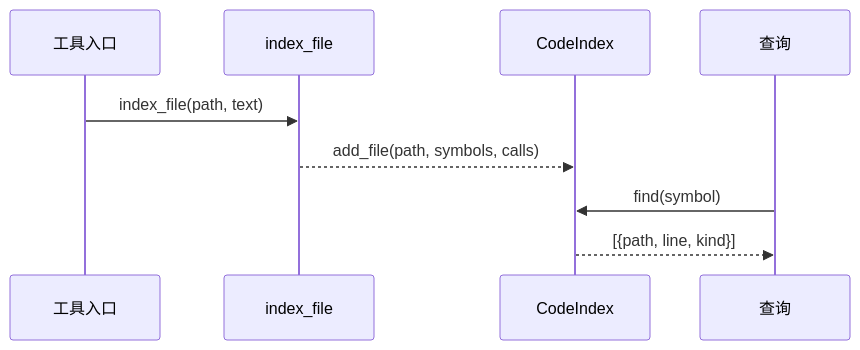
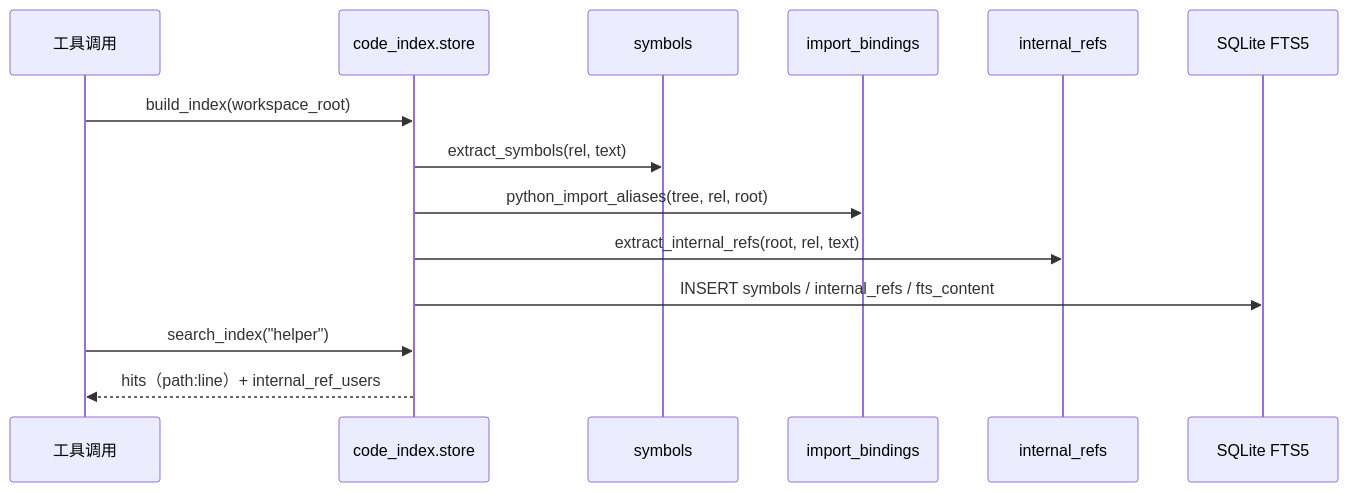
One commit to G0-000/agent-book changed the diagram in work-agent-harness/doc/evoflow-学习规划/05-知识库与代码理解/04-Workspace代码索引.md. Above: the diagram before and after it, drawn with Mermaid. The commit also changed other lines of this file and 18 other files, not shown here.

````diff
--- a/work-agent-harness/doc/evoflow-学习规划/05-知识库与代码理解/04-Workspace代码索引.md
+++ b/work-agent-harness/doc/evoflow-学习规划/05-知识库与代码理解/04-Workspace代码索引.md
@@ -13,11 +19,16 @@
 ```mermaid
 sequenceDiagram
-    participant T as 工具入口
-    participant I as index_file
-    participant C as CodeIndex
-    participant Q as 查询
-    T->>I: index_file(path, text)
-    I-->>C: add_file(path, symbols, calls)
-    Q->>C: find(symbol)
-    C-->>Q: [{path, line, kind}]
+    participant T as 工具调用
+    participant S as code_index.store
+    participant Y as symbols
+    participant I as import_bindings
+    participant R as internal_refs
+    participant F as SQLite FTS5
+    T->>S: build_index(workspace_root)
+    S->>Y: extract_symbols(rel, text)
+    S->>I: python_import_aliases(tree, rel, root)
+    S->>R: extract_internal_refs(root, rel, text)
+    S->>F: INSERT symbols / internal_refs / fts_content
+    T->>S: search_index("helper")
+    S-->>T: hits（path:line）+ internal_ref_users
 ```
````
